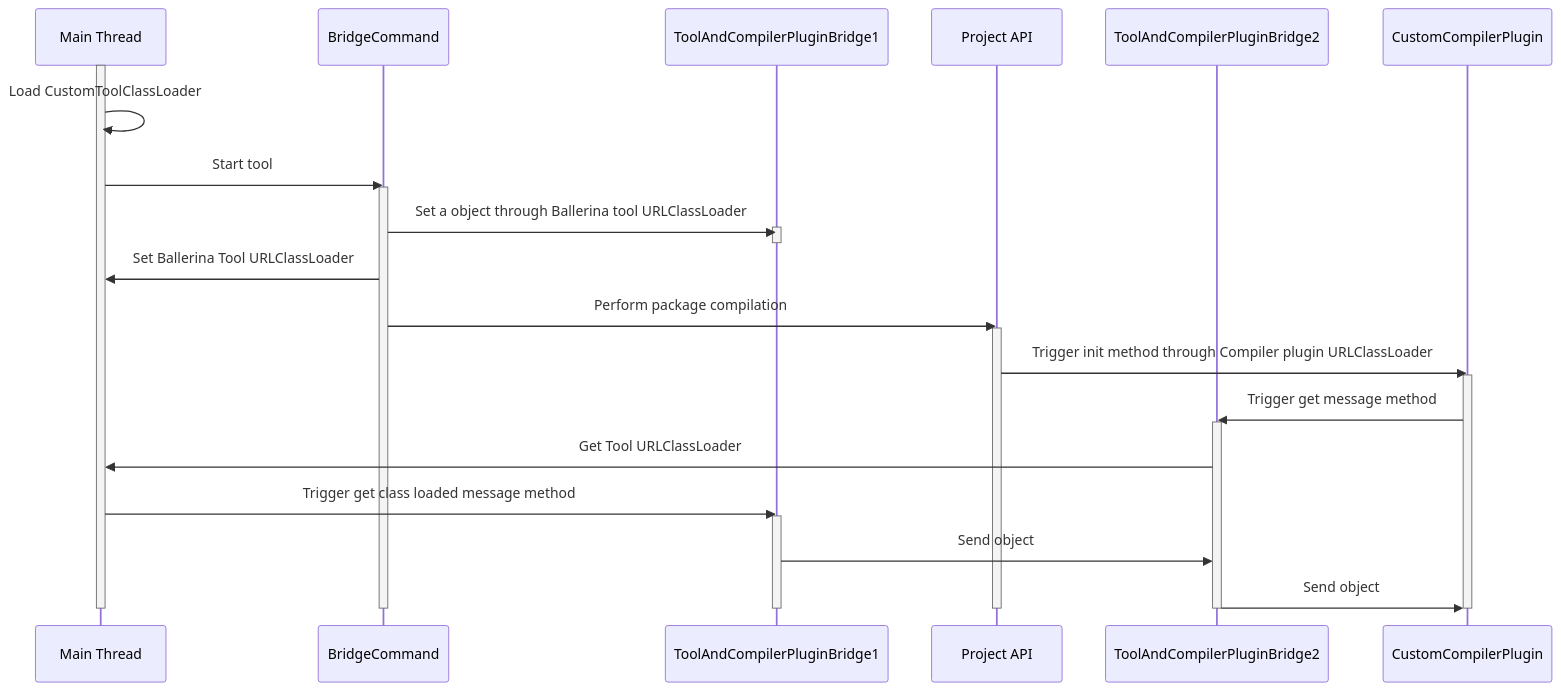
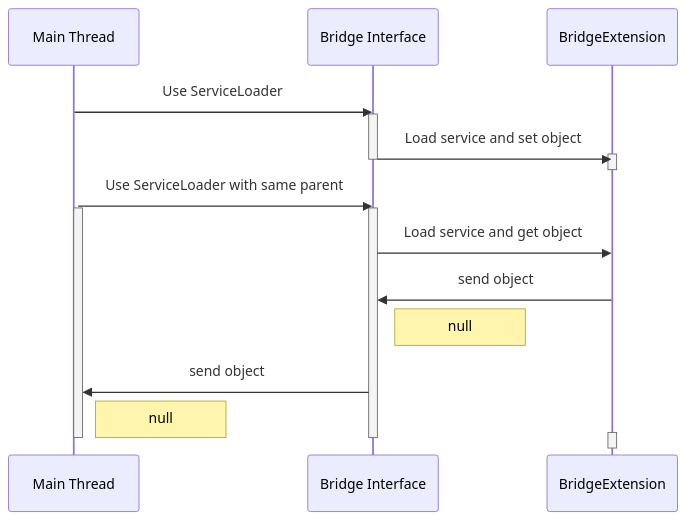
Before and after one commit to Xenowa/ballerina-tool-plugin-bridge: the diagram in README.md, drawn with Mermaid.

Commit message:
Updated README file

````diff
--- a/README.md
+++ b/README.md
@@ -3,34 +3,25 @@
 ```mermaid
 sequenceDiagram
     participant Main Thread
-    participant BridgeCommand
-    participant ToolAndCompilerPluginBridge1
-    participant Project API
-    participant ToolAndCompilerPluginBridge2
-    participant CustomCompilerPlugin
+    participant Bridge Interface
+    participant BridgeExtension
+    Main Thread ->> Bridge Interface: Use ServiceLoader
     activate Main Thread
-    Main Thread ->> Main Thread: Load CustomToolClassLoader
-    Main Thread ->> BridgeCommand: Start tool
-    activate BridgeCommand
-    BridgeCommand ->> ToolAndCompilerPluginBridge1: Set a object through Ballerina tool URLClassLoader
-    activate ToolAndCompilerPluginBridge1
-    deactivate ToolAndCompilerPluginBridge1
-    BridgeCommand ->> Main Thread: Set Ballerina Tool URLClassLoader
-    BridgeCommand ->> Project API: Perform package compilation
-    activate Project API
-    Project API ->> CustomCompilerPlugin: Trigger init method through Compiler plugin URLClassLoader
-    activate CustomCompilerPlugin
-    CustomCompilerPlugin ->> ToolAndCompilerPluginBridge2: Trigger get message method
-    activate ToolAndCompilerPluginBridge2
-    ToolAndCompilerPluginBridge2 ->> Main Thread: Get Tool URLClassLoader
-    Main Thread ->> ToolAndCompilerPluginBridge1: Trigger get class loaded message method
-    activate ToolAndCompilerPluginBridge1
-    ToolAndCompilerPluginBridge1 ->> ToolAndCompilerPluginBridge2: Send object
-    ToolAndCompilerPluginBridge2 ->> CustomCompilerPlugin: Send object
-    deactivate ToolAndCompilerPluginBridge1
-    deactivate ToolAndCompilerPluginBridge2
-    deactivate CustomCompilerPlugin
-    deactivate Project API
-    deactivate BridgeCommand
+    activate Bridge Interface
+    Bridge Interface ->> BridgeExtension: Load service and set object
+    deactivate Bridge Interface
+    activate BridgeExtension
+    deactivate BridgeExtension
+    Main Thread ->> Bridge Interface: Use ServiceLoader with same parent
+    activate Main Thread
+    activate Bridge Interface
+    Bridge Interface ->> BridgeExtension: Load service and get object
+    BridgeExtension ->> Bridge Interface: send object
+    Note right of Bridge Interface: null
+    Bridge Interface ->> Main Thread: send object
+    Note right of Main Thread: null
+    deactivate Bridge Interface
+    activate BridgeExtension
+    deactivate BridgeExtension
     deactivate Main Thread
 ```
````
